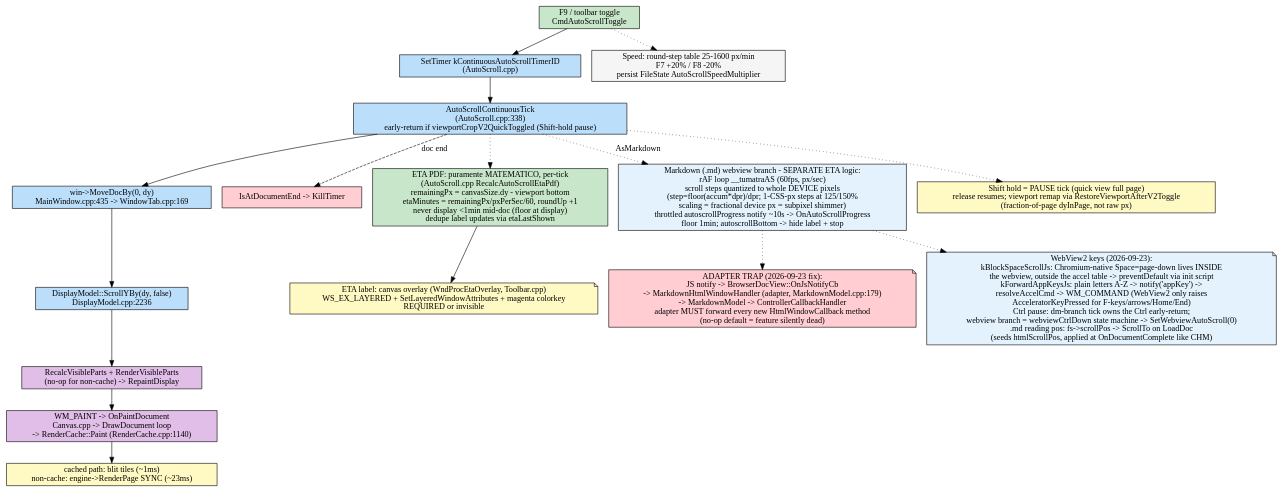
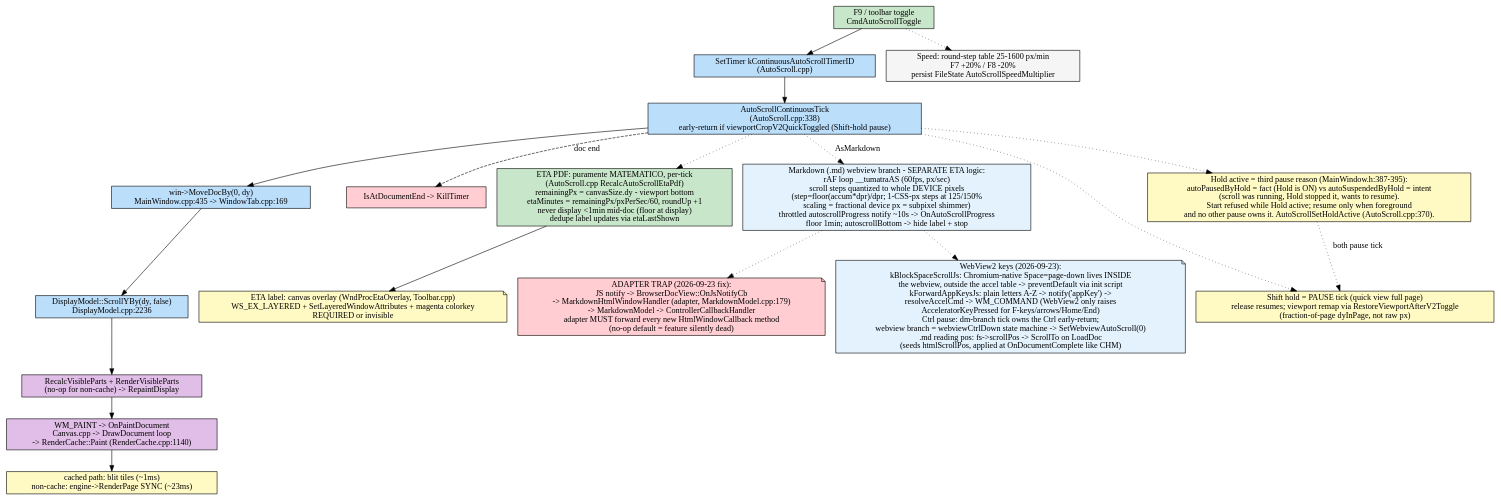
The diagram in FLOW/autoscroll.dot (FelipeTesta/TumatraPDF), drawn with Graphviz before and after one commit. The commit also changed 6 other files, not shown here.

```diff
--- a/FLOW/autoscroll.dot
+++ b/FLOW/autoscroll.dot
@@ -1,35 +1,40 @@
 digraph AutoScroll {
     rankdir=TB;
     node [shape=box, style=rounded];
 
     start [label="F9 / toolbar toggle\nCmdAutoScrollToggle", fillcolor="#c8e6c9", style=filled];
     timer [label="SetTimer kContinuousAutoScrollTimerID\n(AutoScroll.cpp)", fillcolor="#bbdefb", style=filled];
     tick [label="AutoScrollContinuousTick\n(AutoScroll.cpp:338)\nearly-return if viewportCropV2QuickToggled (Shift-hold pause)", fillcolor="#bbdefb", style=filled];
     movedoc [label="win->MoveDocBy(0, dy)\nMainWindow.cpp:435 -> WindowTab.cpp:169", fillcolor="#bbdefb", style=filled];
     scrolly [label="DisplayModel::ScrollYBy(dy, false)\nDisplayModel.cpp:2236", fillcolor="#bbdefb", style=filled];
     parts [label="RecalcVisibleParts + RenderVisibleParts\n(no-op for non-cache) -> RepaintDisplay", fillcolor="#e1bee7", style=filled];
     paint [label="WM_PAINT -> OnPaintDocument\nCanvas.cpp -> DrawDocument loop\n-> RenderCache::Paint (RenderCache.cpp:1140)", fillcolor="#e1bee7", style=filled];
     cache [label="cached path: blit tiles (~1ms)\nnon-cache: engine->RenderPage SYNC (~23ms)", fillcolor="#fff9c4", style=filled];
     end [label="IsAtDocumentEnd -> KillTimer", fillcolor="#ffcdd2", style=filled];
 
     eta [label="ETA PDF: puramente MATEMATICO, per-tick\n(AutoScroll.cpp RecalcAutoScrollEtaPdf)\nremainingPx = canvasSize.dy - viewport bottom\netaMinutes = remainingPx/pxPerSec/60, roundUp +1\nnever display <1min mid-doc (floor at display)\ndedupe label updates via etaLastShown", shape=box, fillcolor="#c8e6c9", style=filled];
     etaUi [label="ETA label: canvas overlay (WndProcEtaOverlay, Toolbar.cpp)\nWS_EX_LAYERED + SetLayeredWindowAttributes + magenta colorkey\nREQUIRED or invisible", shape=note, fillcolor="#fff9c4", style=filled];
 
     md [label="Markdown (.md) webview branch - SEPARATE ETA logic:\nrAF loop __tumatraAS (60fps, px/sec)\nscroll steps quantized to whole DEVICE pixels\n(step=floor(accum*dpr)/dpr; 1-CSS-px steps at 125/150%\nscaling = fractional device px = subpixel shimmer)\nthrottled autoscrollProgress notify ~10s -> OnAutoScrollProgress\nfloor 1min; autoscrollBottom -> hide label + stop", shape=box, fillcolor="#e3f2fd", style=filled];
     mdhop [label="ADAPTER TRAP (2026-09-23 fix):\nJS notify -> BrowserDocView::OnJsNotifyCb\n-> MarkdownHtmlWindowHandler (adapter, MarkdownModel.cpp:179)\n-> MarkdownModel -> ControllerCallbackHandler\nadapter MUST forward every new HtmlWindowCallback method\n(no-op default = feature silently dead)", shape=note, fillcolor="#ffcdd2", style=filled];
     mdkeys [label="WebView2 keys (2026-09-23):\nkBlockSpaceScrollJs: Chromium-native Space=page-down lives INSIDE\nthe webview, outside the accel table -> preventDefault via init script\nkForwardAppKeysJs: plain letters A-Z -> notify('appKey') ->\nresolveAccelCmd -> WM_COMMAND (WebView2 only raises\nAcceleratorKeyPressed for F-keys/arrows/Home/End)\nCtrl pause: dm-branch tick owns the Ctrl early-return;\nwebview branch = webviewCtrlDown state machine -> SetWebviewAutoScroll(0)\n.md reading pos: fs->scrollPos -> ScrollTo on LoadDoc\n(seeds htmlScrollPos, applied at OnDocumentComplete like CHM)", shape=note, fillcolor="#e3f2fd", style=filled];
 
     shift [label="Shift hold = PAUSE tick (quick view full page)\nrelease resumes; viewport remap via RestoreViewportAfterV2Toggle\n(fraction-of-page dyInPage, not raw px)", shape=box, fillcolor="#fff9c4", style=filled];
 
     start -> timer -> tick -> movedoc -> scrolly -> parts -> paint -> cache;
     tick -> end [style=dashed, label="doc end"];
     tick -> eta [style=dotted];
     eta -> etaUi;
     tick -> md [style=dotted, label="AsMarkdown"];
     md -> mdhop [style=dotted];
     md -> mdkeys [style=dotted];
     tick -> shift [style=dotted];
 
     speed [label="Speed: round-step table 25-1600 px/min\nF7 +20% / F8 -20%\npersist FileState AutoScrollSpeedMultiplier", shape=box, fillcolor="#f5f5f5", style=filled];
     start -> speed [style=dotted];
+
+    hold [label="Hold active = third pause reason (MainWindow.h:387-395):\nautoPausedByHold = fact (Hold is ON) vs autoSuspendedByHold = intent\n(scroll was running, Hold stopped it, wants to resume).\nStart refused while Hold active; resume only when foreground\nand no other pause owns it. AutoScrollSetHoldActive (AutoScroll.cpp:370).", fillcolor="#fff9c4", style=filled];
+
+    tick -> hold [style=dotted];
+    hold -> shift [style=dotted, label="both pause tick"];
 }
```
